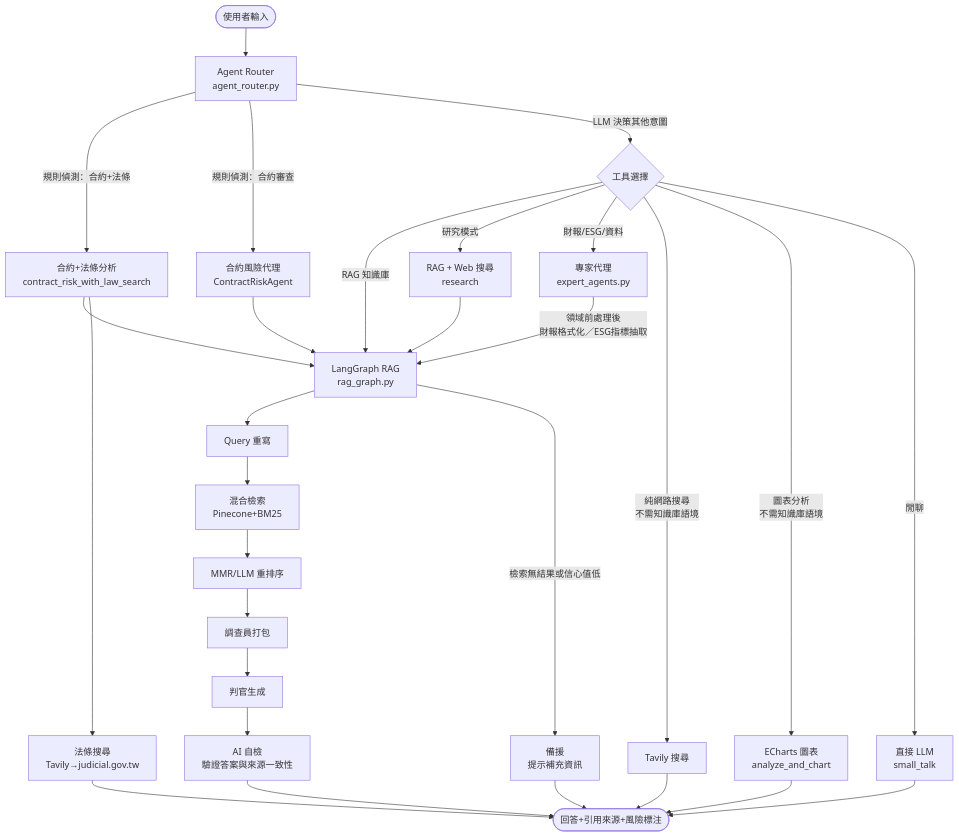
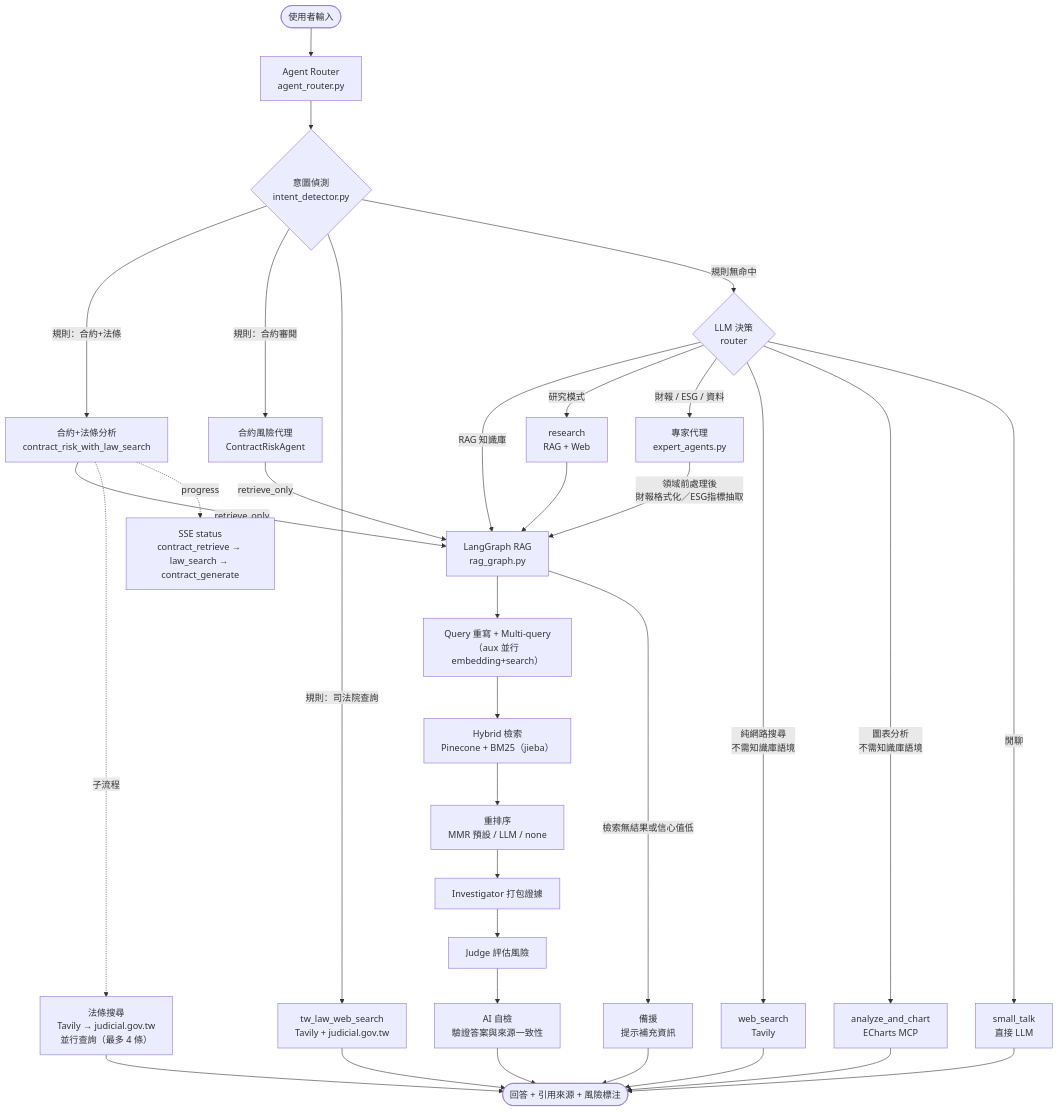
The first of 4 diagrams in README.md (falltwo/agent-demo-teamA), drawn with Mermaid before and after one commit. The commit also changed other lines of this file and 1 other file, not shown here.

Commit message:
docs: update flowchart to reflect current architecture
- Remove Firecrawl from law search path (already removed in 02fb008)
- Show RAG as shared infrastructure (contract / expert paths call it
  internally via retrieve_only, not parallel independent paths)
- Surface rule-based intent_detector layer before LLM router decision
- Add missing routes: research, web_search, small_talk, analyze_and_chart,
  tw_law_web_search
- Mark law search as a sub-flow of contract_risk_with_law_search with SSE
  progress annotations (contract_retrieve → law_search → contract_generate)
- Update RAG state machine: aux query parallel node + rerank method envs
- Tech-stack table: BM25 (jieba), Firecrawl marked optional

Applies to both README.md and README.en.md.

````diff
--- a/README.md
+++ b/README.md
@@ -39,47 +39,51 @@
 ```mermaid
 flowchart TD
     U([使用者輸入]) --> AR[Agent Router\nagent_router.py]
- 
-    %% 意圖偵測層（規則優先）
-    AR -->|規則偵測：合約+法條| CRL[合約+法條分析\ncontract_risk_with_law_search]
-    AR -->|規則偵測：合約審查| CRA[合約風險代理\nContractRiskAgent]
-    AR -->|LLM 決策其他意圖| TOOLS{工具選擇}
- 
-    TOOLS -->|RAG 知識庫| RAG[LangGraph RAG\nrag_graph.py]
-    TOOLS -->|研究模式| RES[RAG + Web 搜尋\nresearch]
-    TOOLS -->|財報/ESG/資料| EA[專家代理\nexpert_agents.py]
-    TOOLS -->|純網路搜尋\n不需知識庫語境| WS[Tavily 搜尋]
-    TOOLS -->|圖表分析\n不需知識庫語境| CH[ECharts 圖表\nanalyze_and_chart]
-    TOOLS -->|閒聊| ST[直接 LLM\nsmall_talk]
- 
-    %% RAG 是所有知識庫查詢的基礎
-    CRL --> RAG
-    CRA --> RAG
-    EA -->|領域前處理後\n財報格式化／ESG指標抽取| RAG
-    RES --> RAG
- 
-    %% 法條查詢是合約分析的子流程
-    CRL --> LS[法條搜尋\nTavily→judicial.gov.tw]
- 
+    %% 意圖偵測層：規則優先（intent_detector.py），無命中才交給 LLM 決策
+    AR --> ID{意圖偵測\nintent_detector.py}
+    ID -->|規則：合約+法條| CRL[合約+法條分析\ncontract_risk_with_law_search]
+    ID -->|規則：合約審閱| CRA[合約風險代理\nContractRiskAgent]
+    ID -->|規則：司法院查詢| TLW[tw_law_web_search\nTavily + judicial.gov.tw]
+    ID -->|規則無命中| LLMD{LLM 決策\nrouter}
+
+    LLMD -->|RAG 知識庫| RG[LangGraph RAG\nrag_graph.py]
+    LLMD -->|研究模式| RES[research\nRAG + Web]
+    LLMD -->|財報 / ESG / 資料| EA[專家代理\nexpert_agents.py]
+    LLMD -->|純網路搜尋\n不需知識庫語境| WS[web_search\nTavily]
+    LLMD -->|圖表分析\n不需知識庫語境| CH[analyze_and_chart\nECharts MCP]
+    LLMD -->|閒聊| ST[small_talk\n直接 LLM]
+
+    %% RAG 是所有知識庫查詢的共用基礎設施（非平行獨立路徑）
+    CRL -->|retrieve_only| RG
+    CRA -->|retrieve_only| RG
+    EA  -->|領域前處理後\n財報格式化／ESG指標抽取| RG
+    RES --> RG
+
+    %% 法條查詢是合約+法條流程的子步驟，三階段推送 SSE 進度
+    CRL -.子流程.-> LS[法條搜尋\nTavily → judicial.gov.tw\n並行查詢（最多 4 條）]
+    CRL -.progress.-> PG[SSE status\ncontract_retrieve → law_search → contract_generate]
+
     %% RAG 核心流程
-    RAG --> Q[Query 重寫] --> RET[混合檢索\nPinecone+BM25]
-    RET --> RK[MMR/LLM 重排序]
-    RK --> PKG[調查員打包]
-    PKG --> GEN[判官生成]
- 
+    RG --> Q[Query 重寫 + Multi-query\n（aux 並行 embedding+search）]
+    Q --> RET[Hybrid 檢索\nPinecone + BM25（jieba）]
+    RET --> RK[重排序\nMMR 預設 / LLM / none]
+    RK --> PKG[Investigator 打包證據]
+    PKG --> GEN[Judge 評估風險]
+
     %% 備援路徑
-    RAG -->|檢索無結果或信心值低| FB[備援\n提示補充資訊]
+    RG -->|檢索無結果或信心值低| FB[備援\n提示補充資訊]
     FB --> OUT
- 
-    %% AI 自檢（合約+法條模式）
+
+    %% AI 自檢（合約+法條模式，CONTRACT_RISK_SELF_CHECK_ENABLED=1 時）
     GEN --> CHK[AI 自檢\n驗證答案與來源一致性]
     CHK --> OUT
- 
+
     %% 純工具直接輸出
     LS --> OUT
     WS --> OUT
+    TLW --> OUT
     CH --> OUT
     ST --> OUT
- 
-    OUT([回答+引用來源+風險標注])
+
+    OUT([回答 + 引用來源 + 風險標注])
 ```
````
